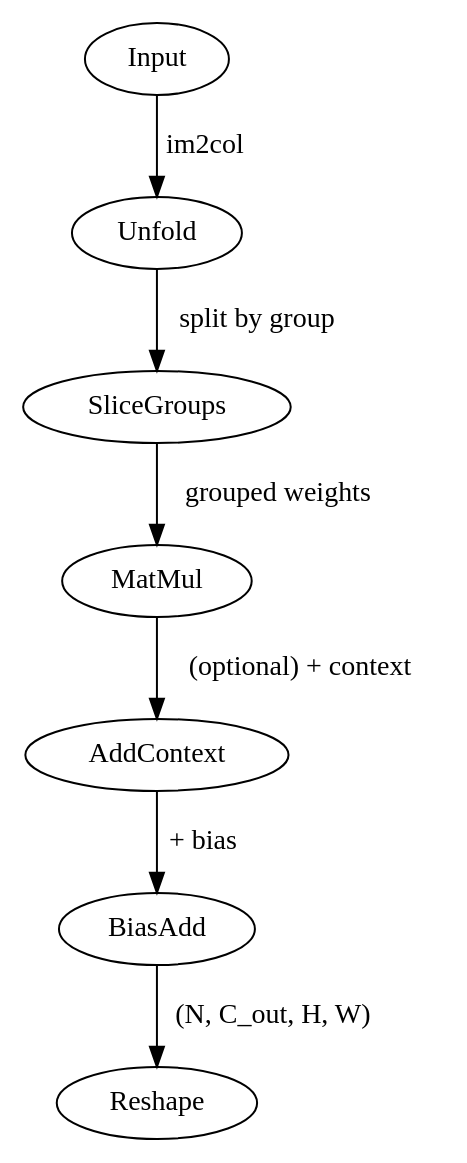
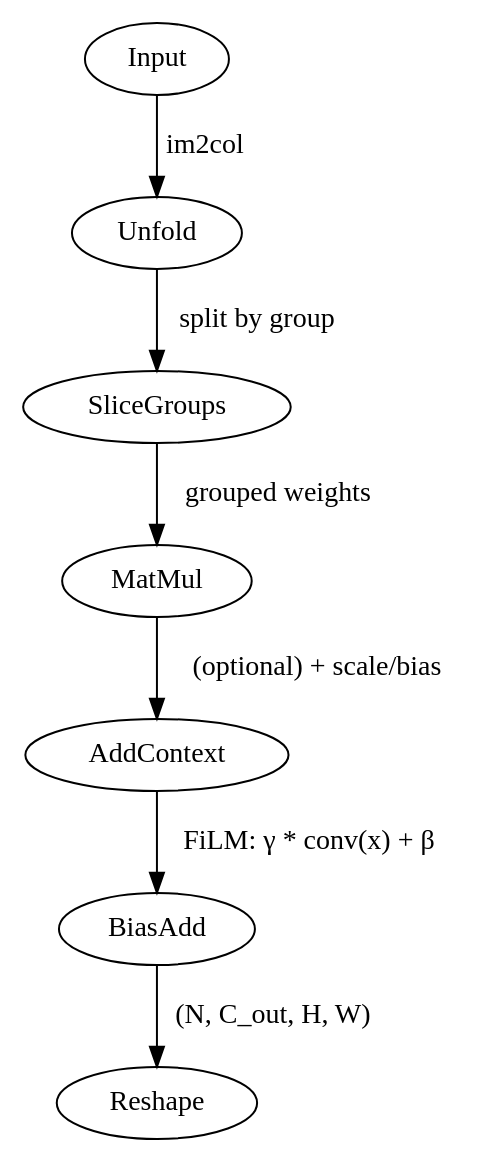
One commit to abbassix/ContextualConv changed the diagram in docs/source/architecture.md. Above: the diagram before and after it, drawn with Graphviz. The commit also changed other lines of this file, not shown here.

Commit message:
docs: update architecture diagram for FiLM-style context modulation
* Replace `+ bias` label with `+ scale/bias`
* Clarify that the context applies FiLM-style γ * conv(x) + β transformation

````diff
--- a/docs/source/architecture.md
+++ b/docs/source/architecture.md
@@ -5,13 +5,13 @@
 ```{graphviz}
 :caption: ContextualConv2d Architecture
 
 digraph ContextualConv2d {
     rankdir=TB;
     Input -> Unfold [label="im2col"];
     Unfold -> SliceGroups [label="split by group"];
     SliceGroups -> MatMul [label="grouped weights"];
-    MatMul -> AddContext [label="(optional) + context"];
-    AddContext -> BiasAdd [label="+ bias"];
+    MatMul -> AddContext [label="(optional) + scale/bias"];
+    AddContext -> BiasAdd [label="FiLM: γ * conv(x) + β"];
     BiasAdd -> Reshape [label="(N, C_out, H, W)"];
 }
 ```
````
